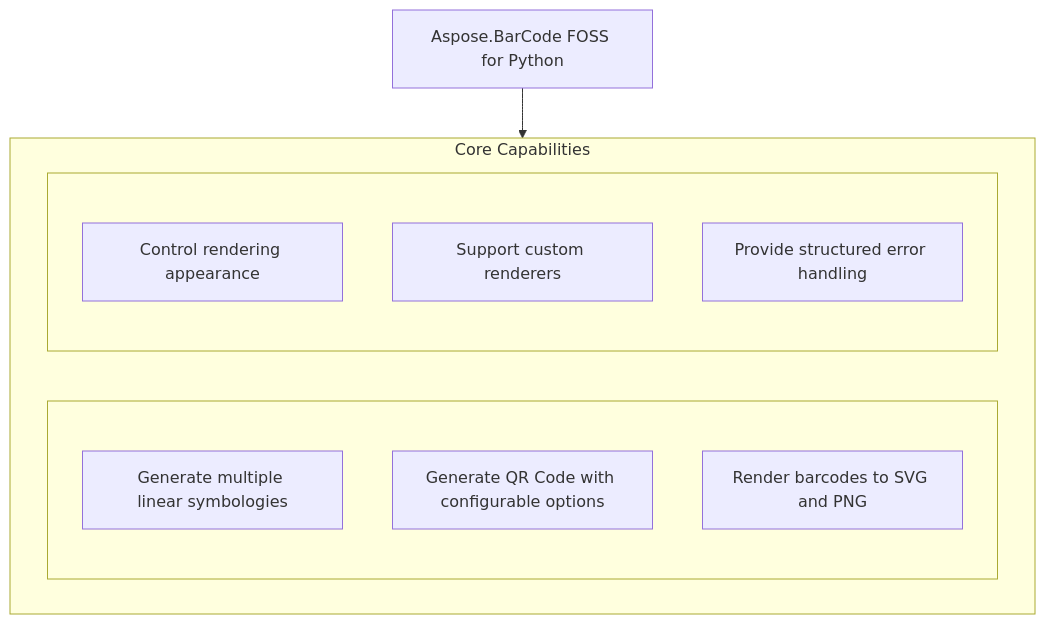
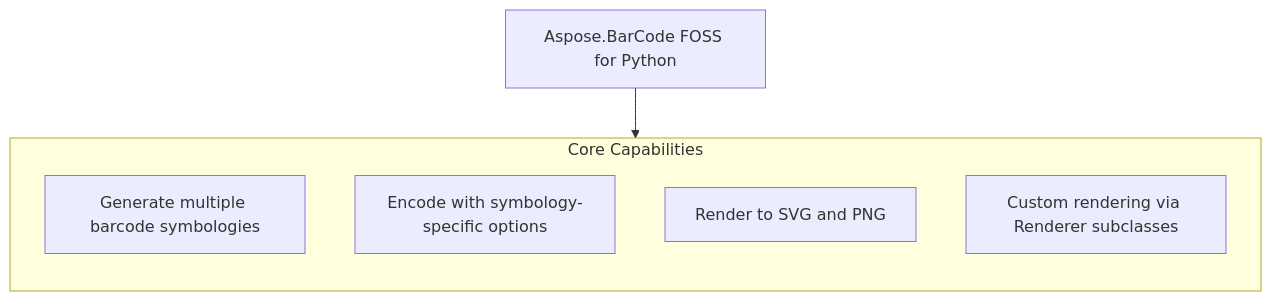
One commit to babar-raza/repository-presenter changed the diagram in candidates/aspose-barcode-foss__Aspose.BarCode-FOSS-for-Python/06eca5c01e13ed6d59a640f1cf330c1c5a57d151/README.md. Above: the diagram before and after it, drawn with Mermaid. The commit also changed other lines of this file and 14 other files, not shown here.

````diff
--- a/candidates/aspose-barcode-foss__Aspose.BarCode-FOSS-for-Python/06eca5c01e13ed6d59a640f1cf330c1c5a57d151/README.md
+++ b/candidates/aspose-barcode-foss__Aspose.BarCode-FOSS-for-Python/06eca5c01e13ed6d59a640f1cf330c1c5a57d151/README.md
@@ -25,20 +25,12 @@
 ```mermaid
 flowchart TD
   PRODUCT["Aspose.BarCode FOSS for Python"]
   subgraph Capabilities["Core Capabilities"]
-    direction LR
-    subgraph capl[" "]
-      direction TB
-      c1["Generate multiple linear symbologies"]
-      c2["Generate QR Code with configurable options"]
-      c3["Render barcodes to SVG and PNG"]
-    end
-    subgraph capr[" "]
-      direction TB
-      c4["Control rendering appearance"]
-      c5["Support custom renderers"]
-      c6["Provide structured error handling"]
-    end
+    direction TB
+    c1["Generate multiple barcode symbologies"]
+    c2["Encode with symbology-specific options"]
+    c3["Render to SVG and PNG"]
+    c4["Custom rendering via Renderer subclasses"]
   end
   PRODUCT --> Capabilities
 ```
````
